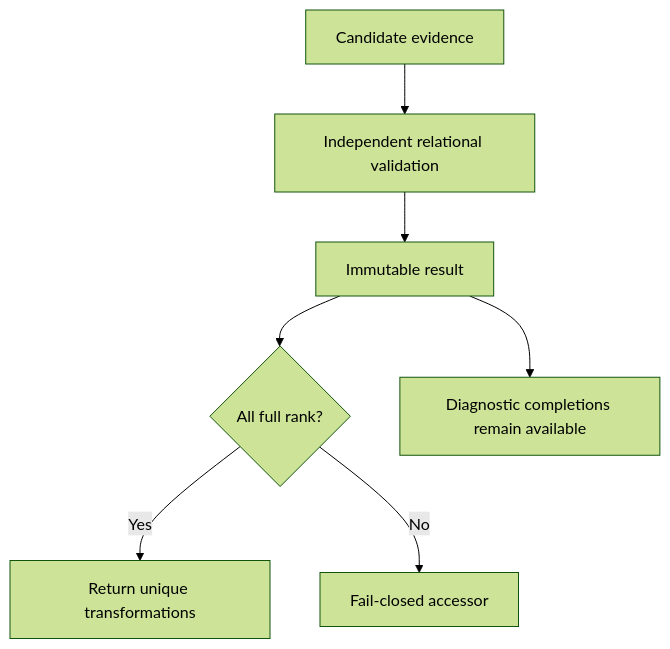
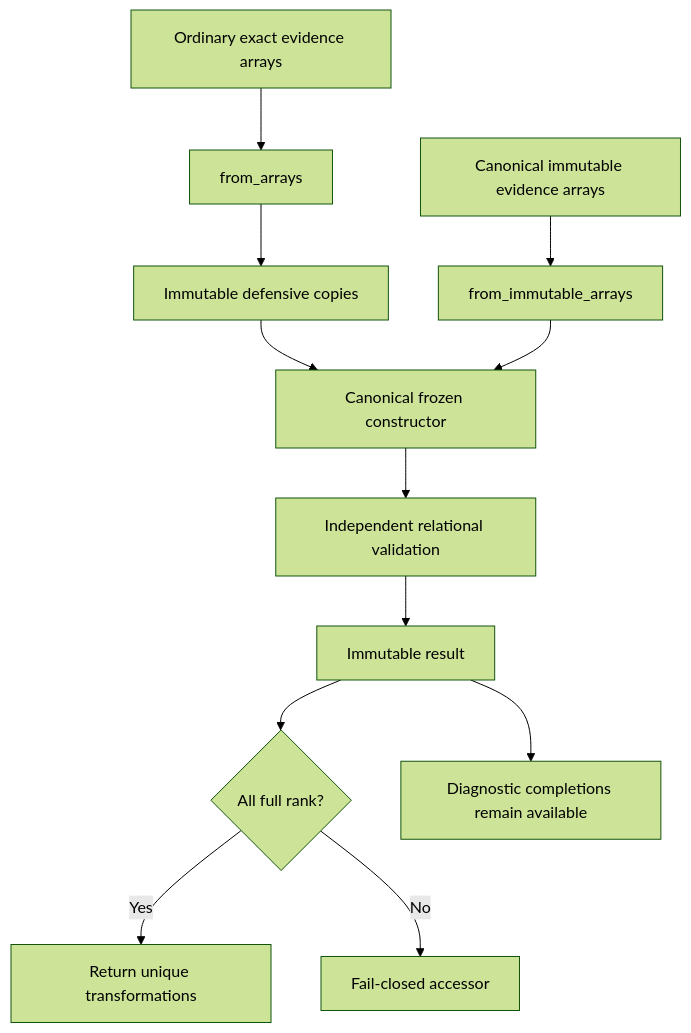
The diagram in docs/architecture/projectkoios/optimization/alignment/batched_procrustes/numpy/contract/NumpyBatchedComplexUnitaryProcrustesResult/schematics.md (eragasa/projectkoios-optimization), drawn with Mermaid (forest theme) before and after one commit. The commit also changed 31 other files, not shown here.

````diff
--- a/docs/architecture/projectkoios/optimization/alignment/batched_procrustes/numpy/contract/NumpyBatchedComplexUnitaryProcrustesResult/schematics.md
+++ b/docs/architecture/projectkoios/optimization/alignment/batched_procrustes/numpy/contract/NumpyBatchedComplexUnitaryProcrustesResult/schematics.md
@@ -3,9 +3,14 @@
 ```mermaid
 flowchart TD
-    E[Candidate evidence] --> V[Independent relational validation]
-    V --> I[Immutable result]
-    I --> R{All full rank?}
-    R -- Yes --> U[Return unique transformations]
-    R -- No --> F[Fail-closed accessor]
-    I --> D[Diagnostic completions remain available]
+    Ordinary[Ordinary exact evidence arrays] --> Copy[from_arrays]
+    Copy --> Defensive[Immutable defensive copies]
+    Canonical[Canonical immutable evidence arrays] --> Zero[from_immutable_arrays]
+    Defensive --> Raw[Canonical frozen constructor]
+    Zero --> Raw
+    Raw --> Validate[Independent relational validation]
+    Validate --> Result[Immutable result]
+    Result --> Rank{All full rank?}
+    Rank -- Yes --> Unique[Return unique transformations]
+    Rank -- No --> Fail[Fail-closed accessor]
+    Result --> Diagnostic[Diagnostic completions remain available]
 ```
````
